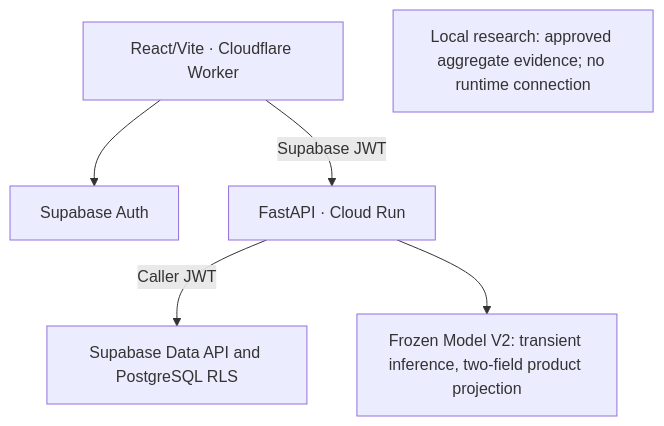
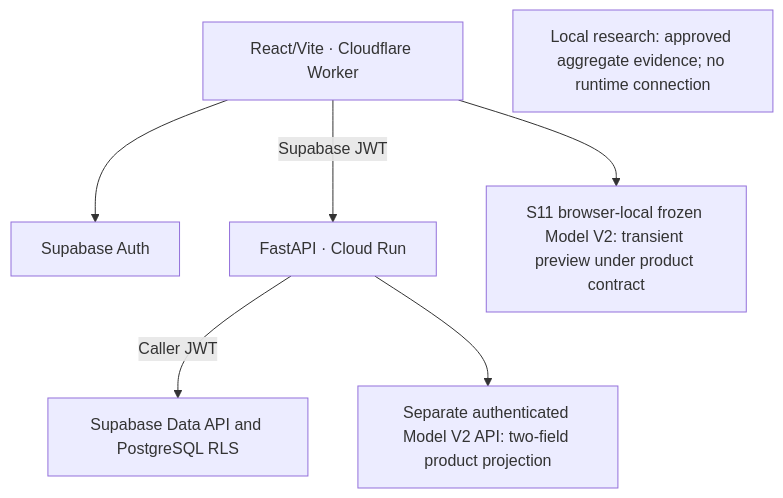
One commit to AI-HealthCare-05/AH_05_07 changed the first of 4 diagrams in docs/architecture.md. Above: the diagram before and after it, drawn with Mermaid. The commit also changed other lines of this file and 18 other files, not shown here.

Commit message:
fix(web): show S11 local Model V2 output by default

````diff
--- a/docs/architecture.md
+++ b/docs/architecture.md
@@ -21,8 +21,9 @@
 ```mermaid
 flowchart TD
     UI["React/Vite · Cloudflare Worker"] --> AUTH["Supabase Auth"]
     UI -->|"Supabase JWT"| API["FastAPI · Cloud Run"]
     API -->|"Caller JWT"| DB["Supabase Data API and PostgreSQL RLS"]
-    API --> MODEL["Frozen Model V2: transient inference, two-field product projection"]
+    UI --> LOCAL["S11 browser-local frozen Model V2: transient preview under product contract"]
+    API --> MODEL["Separate authenticated Model V2 API: two-field product projection"]
     RESEARCH["Local research: approved aggregate evidence; no runtime connection"]
 ```
````
